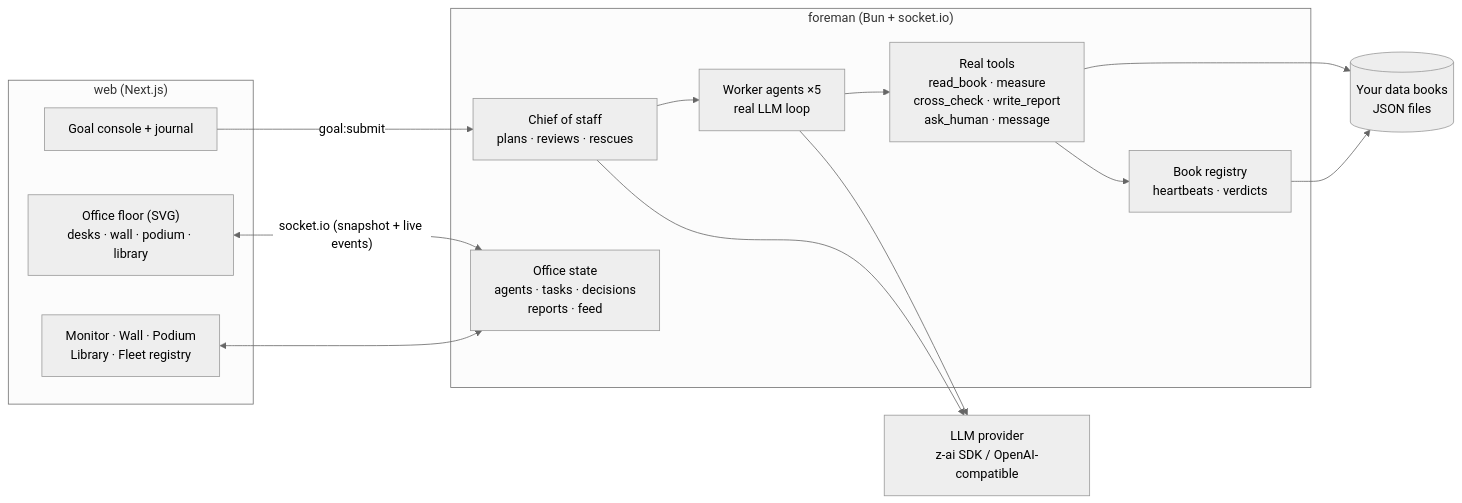
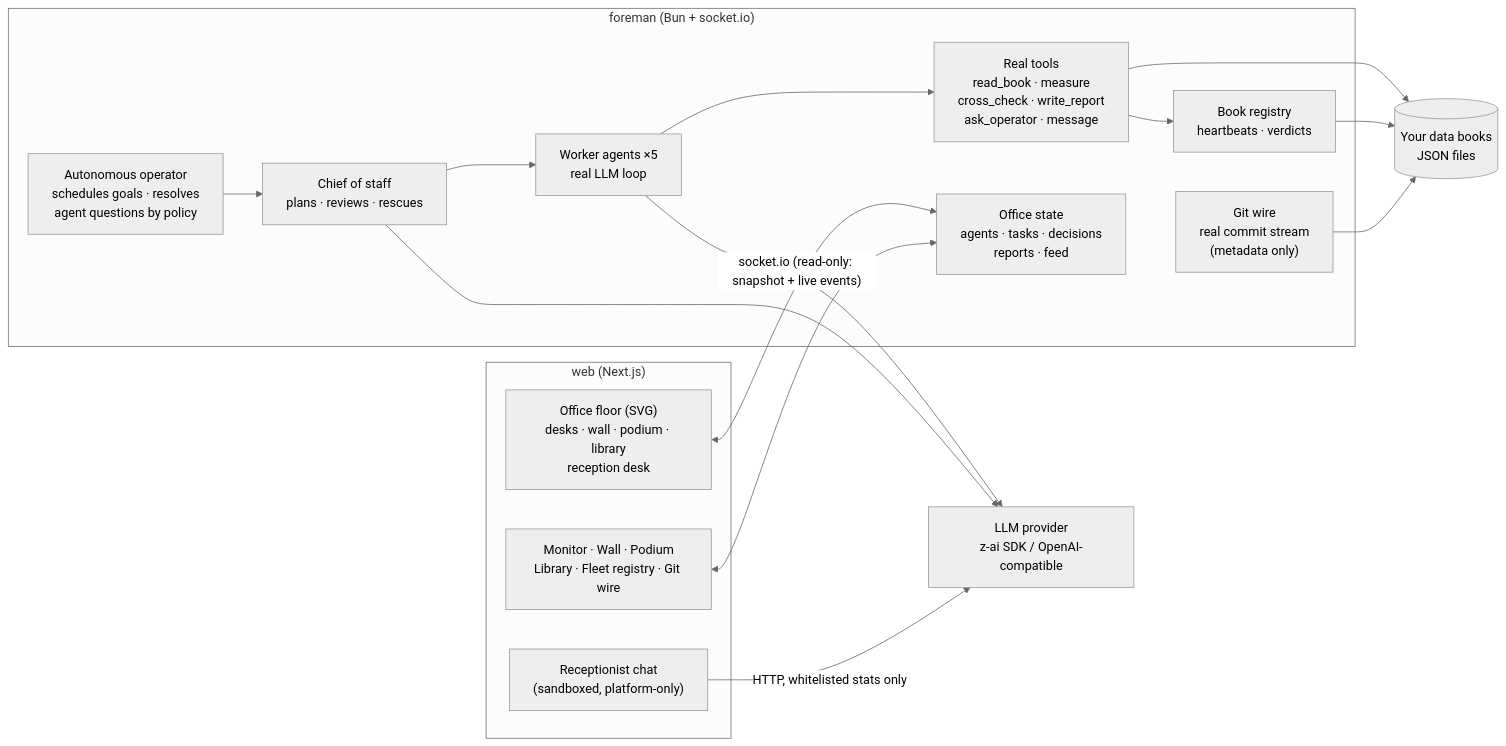
One commit to roshpinacare-sys/FleetHQ changed the diagram in README.md. Above: the diagram before and after it, drawn with Mermaid (neutral theme). The commit also changed other lines of this file and 25 other files, not shown here.

First line of the commit message:
Fleet HQ 2.0 — autonomous office, git wire, receptionist, command-deck design

````diff
--- a/README.md
+++ b/README.md
@@ -82,24 +85,28 @@
 ```mermaid
 flowchart LR
     subgraph web ["web (Next.js)"]
-        OFFICE["Office floor (SVG)\ndesks · wall · podium · library"]
-        PANELS["Monitor · Wall · Podium\nLibrary · Fleet registry"]
-        CONSOLE["Goal console + journal"]
+        OFFICE["Office floor (SVG)\ndesks · wall · podium · library\nreception desk"]
+        PANELS["Monitor · Wall · Podium\nLibrary · Fleet registry · Git wire"]
+        REP["Receptionist chat\n(sandboxed, platform-only)"]
     end
     subgraph foreman ["foreman (Bun + socket.io)"]
         LEAD["Chief of staff\nplans · reviews · rescues"]
+        OP["Autonomous operator\nschedules goals · resolves\nagent questions by policy"]
         W1["Worker agents ×5\nreal LLM loop"]
-        TOOLS["Real tools\nread_book · measure\ncross_check · write_report\nask_human · message"]
+        TOOLS["Real tools\nread_book · measure\ncross_check · write_report\nask_operator · message"]
         STATE["Office state\nagents · tasks · decisions\nreports · feed"]
         BOOKS["Book registry\nheartbeats · verdicts"]
+        GIT["Git wire\nreal commit stream\n(metadata only)"]
     end
     DATA[("Your data books\nJSON files")]
     LLM["LLM provider\nz-ai SDK / OpenAI-compatible"]
-    OFFICE <-->|"socket.io (snapshot + live events)"| STATE
+    OFFICE <-->|"socket.io (read-only: snapshot + live events)"| STATE
     PANELS <--> STATE
-    CONSOLE -->|"goal:submit"| LEAD
+    REP -->|"HTTP, whitelisted stats only"| LLM
+    OP --> LEAD
     LEAD --> W1 --> TOOLS --> DATA
     W1 --> LLM
     LEAD --> LLM
     TOOLS --> BOOKS --> DATA
+    GIT --> DATA
 ```
````
